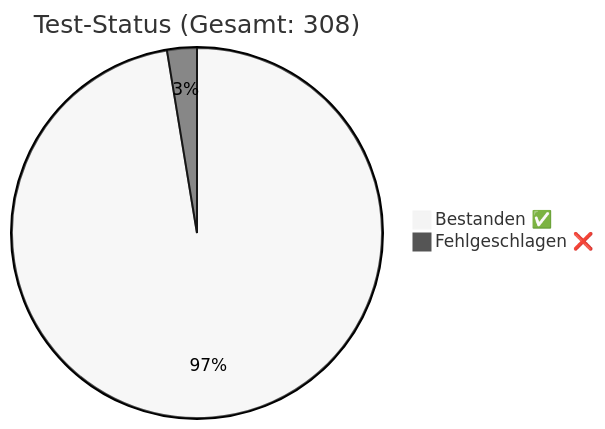
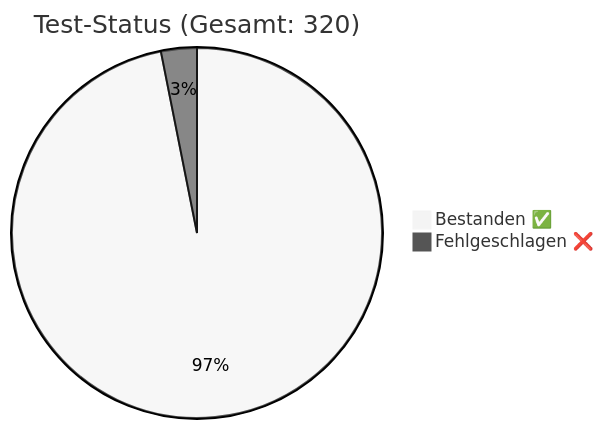
One commit to rorila/GCS changed the diagram in docs/QA_Report.md. Above: the diagram before and after it, drawn with Mermaid (neutral theme). The commit also changed other lines of this file and 16 other files, not shown here.

````diff
--- a/docs/QA_Report.md
+++ b/docs/QA_Report.md
@@ -8,5 +8,5 @@
 ```mermaid
-pie title Test-Status (Gesamt: 308)
-    "Bestanden ✅" : 300
-    "Fehlgeschlagen ❌" : 8
+pie title Test-Status (Gesamt: 320)
+    "Bestanden ✅" : 310
+    "Fehlgeschlagen ❌" : 10
 ```
````
